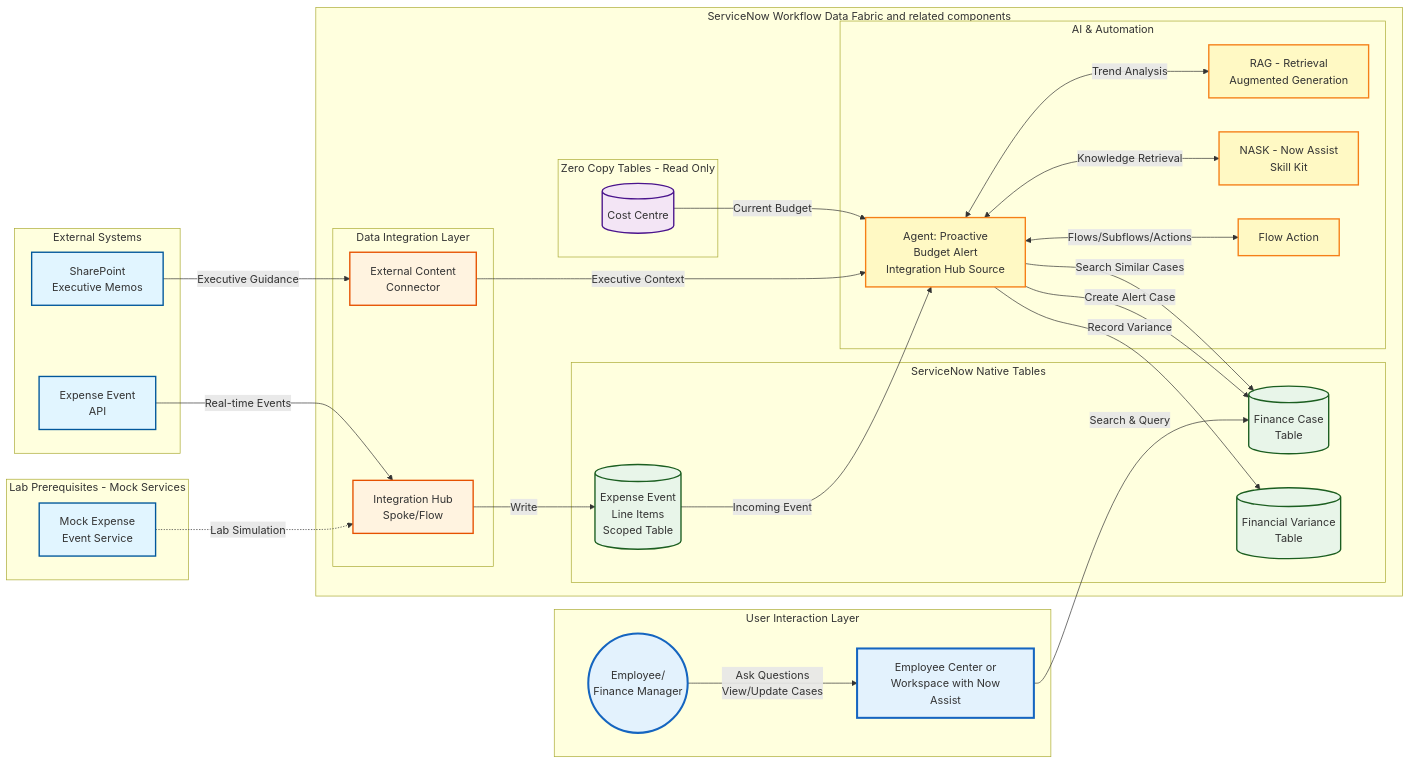
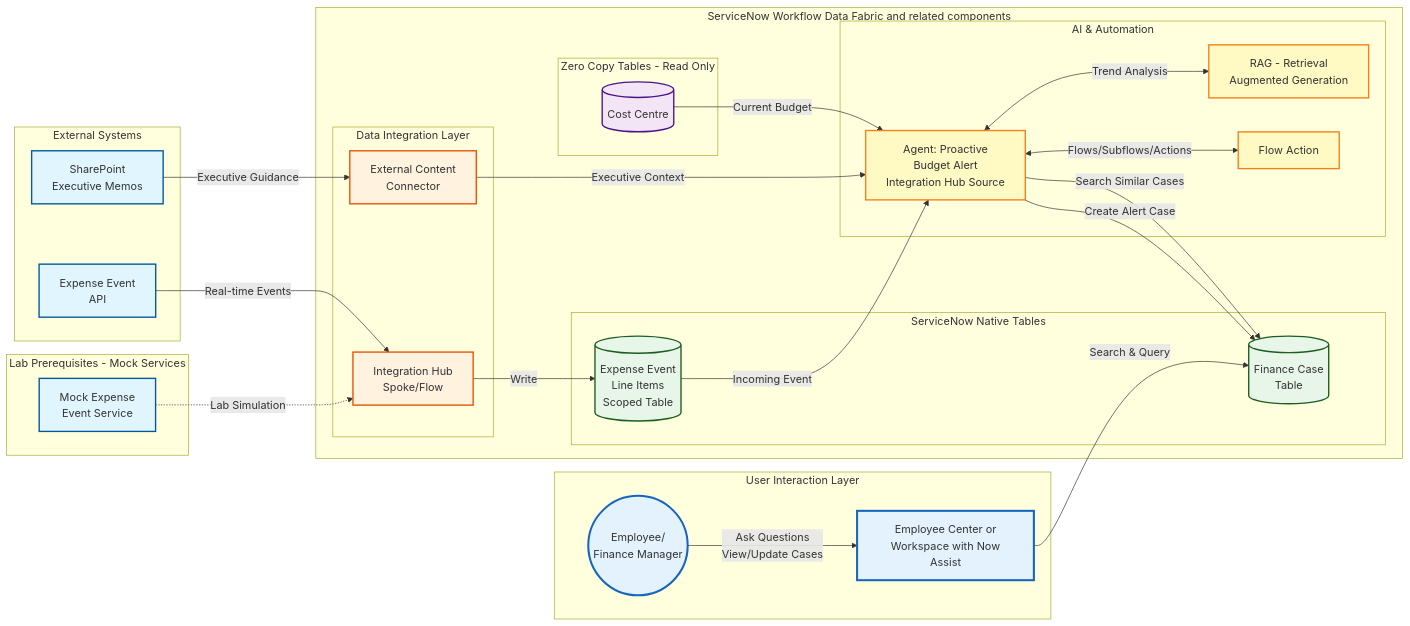
The diagram in 2_Integration_Hub.md (leojacinto/WorkflowDataFabric-TypeA), drawn with Mermaid before and after one commit. The commit also changed 3 other files, not shown here.

````diff
--- a/2_Integration_Hub.md
+++ b/2_Integration_Hub.md
@@ -11,78 +11,74 @@
 ```mermaid
 graph LR
     subgraph "User Interaction Layer"
         Employee((Employee/<br/>Finance Manager))
         EC[Employee Center or<br/> Workspace with Now Assist]
     end
 
     subgraph "External Systems"
         ExpenseAPI[Expense Event<br/>API]
         SharePoint[SharePoint<br/>Executive Memos]
     end
 
     subgraph "ServiceNow Workflow Data Fabric and related components"
         subgraph "Data Integration Layer"
             IntHub[Integration Hub<br/>Spoke/Flow]
             ExtContent[External Content<br/>Connector]
         end
 
         subgraph "Zero Copy Tables - Read Only"
             ZCCC[(Cost Centre)]
         end
 
         subgraph "ServiceNow Native Tables"
             ExpenseTable[(Expense Event<br/>Line Items<br/>Scoped Table)]
             FinCase[(Finance Case<br/>Table)]
-            FinVar[(Financial Variance<br/>Table)]
         end
 
         subgraph "AI & Automation"
             Agent2[Agent: Proactive<br/>Budget Alert<br/>Integration Hub Source]
             RAG[RAG - Retrieval<br/>Augmented Generation]
-            NASK[NASK - Now Assist<br/>Skill Kit]
             FlowAction[Flow Action]
         end
     end
 
     subgraph "Lab Prerequisites - Mock Services"
         MockExpense[Mock Expense<br/>Event Service]
     end
 
     %% Data Flow Connections
     ExpenseAPI -->|Real-time Events| IntHub
     MockExpense -.->|Lab Simulation| IntHub
     IntHub -->|Write| ExpenseTable
 
     SharePoint -->|Executive Guidance| ExtContent
 
     %% Agent 2 Workflow - Integration Hub Source
     ExpenseTable -->|Incoming Event| Agent2
     ZCCC -->|Current Budget| Agent2
     Agent2 -->|Search Similar Cases| FinCase
     ExtContent -->|Executive Context| Agent2
     Agent2 -->|Create Alert Case| FinCase
-    Agent2 -->|Record Variance| FinVar
     Agent2 <-->|Trend Analysis| RAG
-    Agent2 <-->|Knowledge Retrieval| NASK
     Agent2 <-->|Flows/Subflows/Actions| FlowAction
 
     %% User Interaction Connections
     Employee -->|Ask Questions<br/>View/Update Cases| EC
     EC -->|Search & Query| FinCase
 
     %% Styling
     classDef external fill:#e1f5ff,stroke:#01579b,stroke-width:2px
     classDef integration fill:#fff3e0,stroke:#e65100,stroke-width:2px
     classDef zeroCopy fill:#f3e5f5,stroke:#4a148c,stroke-width:2px
     classDef native fill:#e8f5e9,stroke:#1b5e20,stroke-width:2px
     classDef ai fill:#fff9c4,stroke:#f57f17,stroke-width:2px
     classDef user fill:#e3f2fd,stroke:#1565c0,stroke-width:3px
 
     class ExpenseAPI,SharePoint external
     class IntHub,ExtContent integration
     class ZCCC zeroCopy
     class ExpenseTable,FinCase,FinVar native
     class Agent2,NLQuery,RAG,NASK,FlowAction ai
     class MockExpense external
     class Employee,EC user
 ```
````
